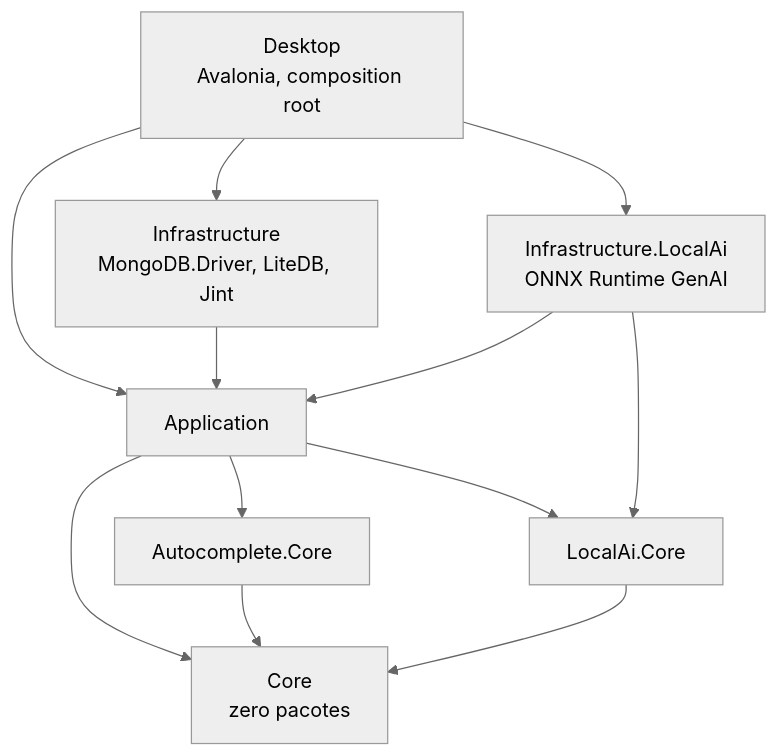
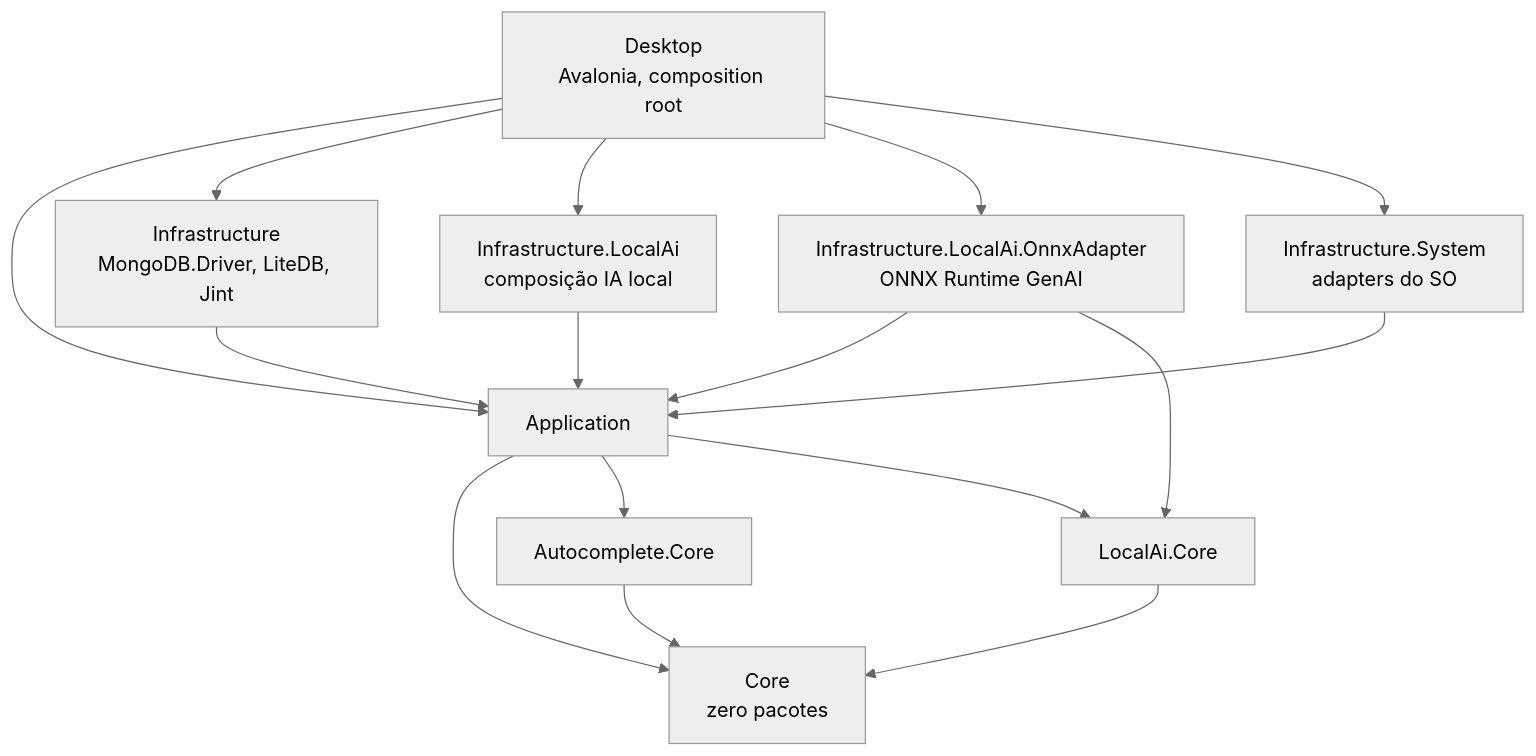
One commit to esilva-silva/EsilvaSoft.KapibaraStudio changed the second of 2 diagrams in docs/05-arquitetura.md. Above: the diagram before and after it, drawn with Mermaid (neutral theme). The commit also changed other lines of this file and 691 other files, not shown here.

````diff
--- a/docs/05-arquitetura.md
+++ b/docs/05-arquitetura.md
@@ -54,14 +64,18 @@
 ```mermaid
 flowchart TD
   ACORE[Autocomplete.Core] --> CORE[Core<br/>zero pacotes]
   AICORE[LocalAi.Core] --> CORE
   APP[Application] --> CORE
   APP --> ACORE
   APP --> AICORE
   INFRA[Infrastructure<br/>MongoDB.Driver, LiteDB, Jint] --> APP
-  INFRAAI[Infrastructure.LocalAi<br/>ONNX Runtime GenAI] --> APP
-  INFRAAI --> AICORE
+  INFRAAI[Infrastructure.LocalAi<br/>composição IA local] --> APP
+  ONNX[Infrastructure.LocalAi.OnnxAdapter<br/>ONNX Runtime GenAI] --> APP
+  ONNX --> AICORE
+  SYSTEM[Infrastructure.System<br/>adapters do SO] --> APP
   DESK[Desktop<br/>Avalonia, composition root] --> APP
   DESK --> INFRA
   DESK --> INFRAAI
+  DESK --> ONNX
+  DESK --> SYSTEM
 ```
````
